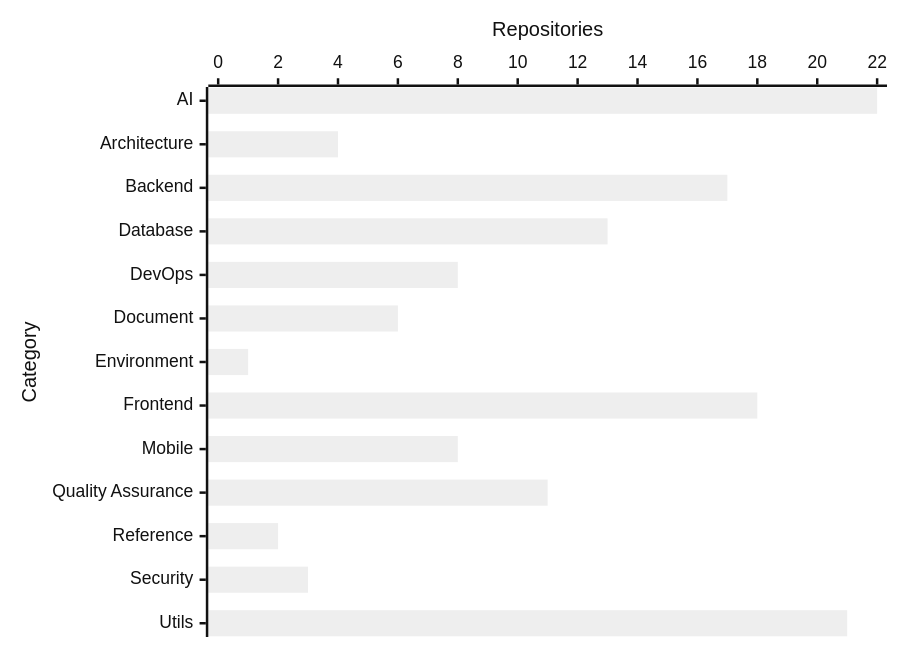
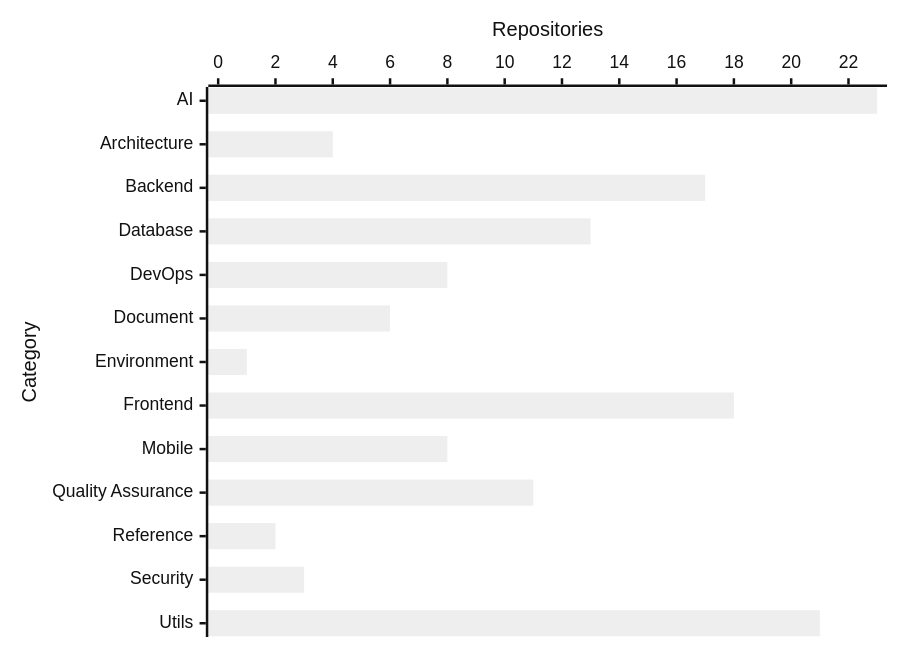
The diagram in README.md (prawee/resource), drawn with Mermaid (neutral theme) before and after one commit. The commit also changed other lines of this file, not shown here.

````diff
--- a/README.md
+++ b/README.md
@@ -11,6 +11,6 @@
 ```mermaid
 xychart-beta horizontal
     x-axis "Category" ["AI", "Architecture", "Backend", "Database", "DevOps", "Document", "Environment", "Frontend", "Mobile", "Quality Assurance", "Reference", "Security", "Utils"]
-    y-axis "Repositories" 0 --> 22
-    bar [22, 4, 17, 13, 8, 6, 1, 18, 8, 11, 2, 3, 21]
+    y-axis "Repositories" 0 --> 23
+    bar [23, 4, 17, 13, 8, 6, 1, 18, 8, 11, 2, 3, 21]
 ```
````
